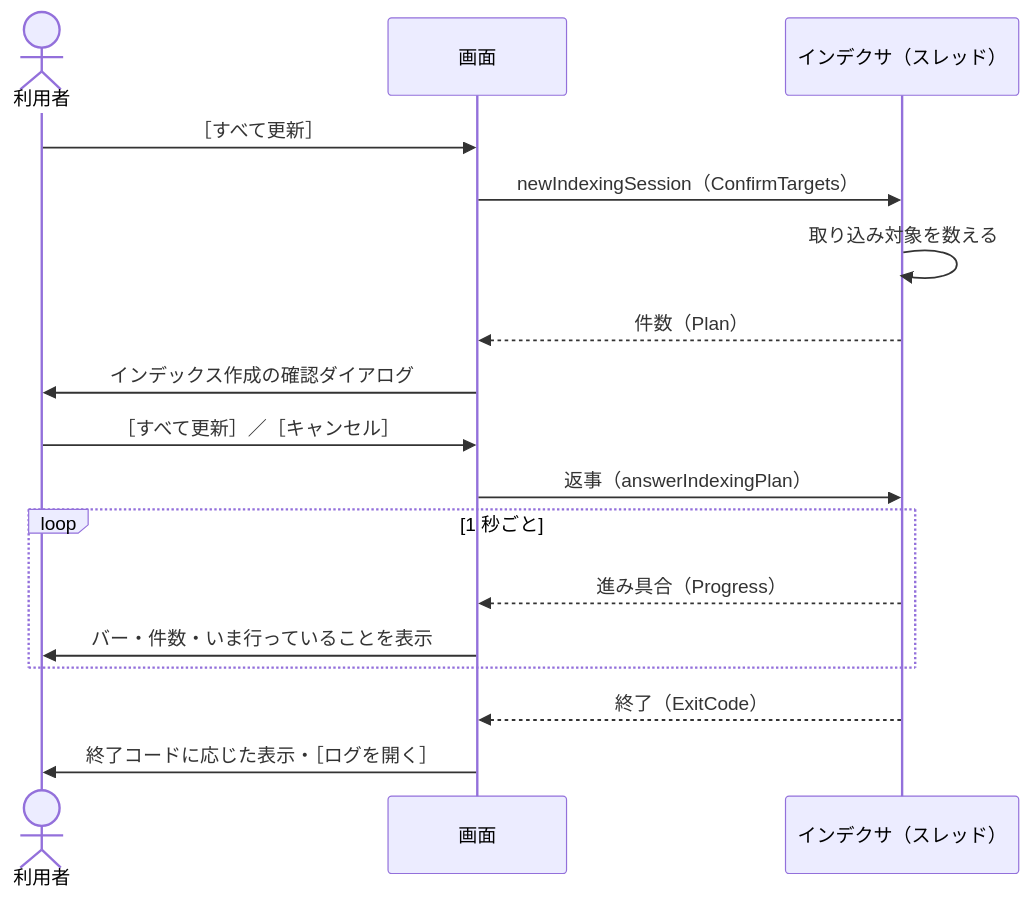
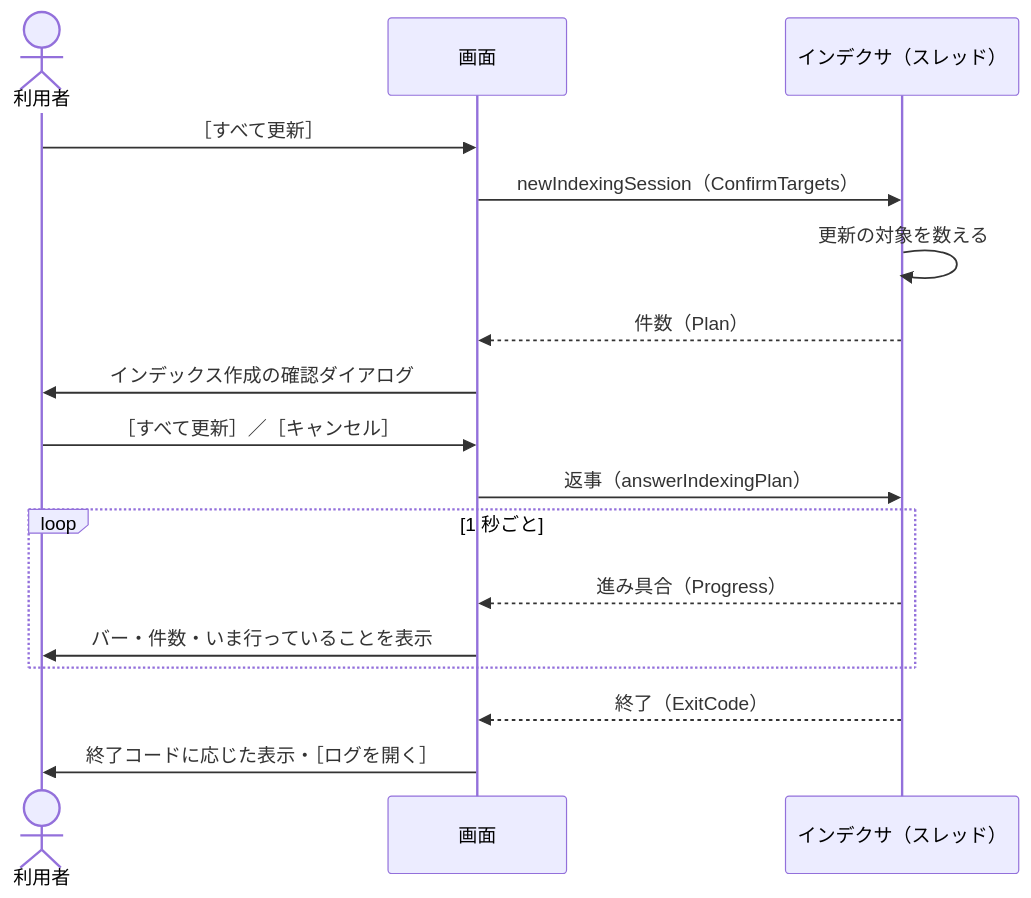
One commit to hsgwa/tebunko changed the first of 2 diagrams in docs/design/gui/indexing-run.md. Above: the diagram before and after it, drawn with Mermaid. The commit also changed other lines of this file and 63 other files, not shown here.

````diff
--- a/docs/design/gui/indexing-run.md
+++ b/docs/design/gui/indexing-run.md
@@ -5,20 +5,20 @@
 ```mermaid
 sequenceDiagram
     actor U as 利用者
     participant G as 画面
     participant I as インデクサ（スレッド）
 
     U->>G: ［すべて更新］
     G->>I: newIndexingSession（ConfirmTargets）
-    I->>I: 取り込み対象を数える
+    I->>I: 更新の対象を数える
     I-->>G: 件数（Plan）
     G->>U: インデックス作成の確認ダイアログ
     U->>G: ［すべて更新］／［キャンセル］
     G->>I: 返事（answerIndexingPlan）
     loop 1 秒ごと
         I-->>G: 進み具合（Progress）
         G->>U: バー・件数・いま行っていることを表示
     end
     I-->>G: 終了（ExitCode）
     G->>U: 終了コードに応じた表示・［ログを開く］
 ```
````
